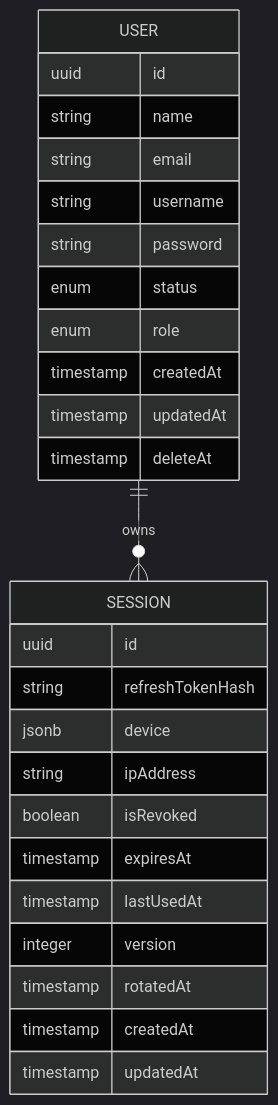
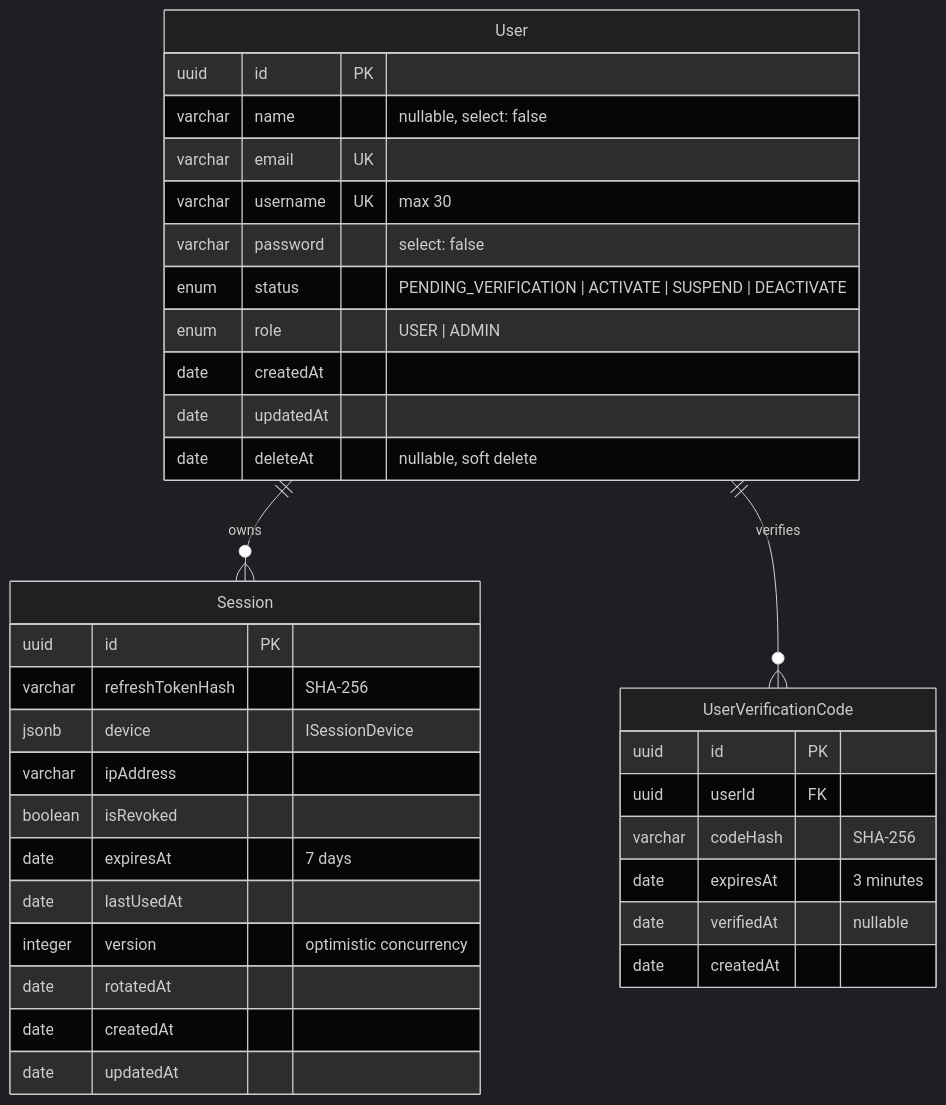
Before and after one commit to l1mindr/nest-backend: the fifth of 7 diagrams in docs/diagrams.md, drawn with Mermaid (dark theme). The commit also changed other lines of this file and 19 other files, not shown here.

Commit message:
docs(architecture): update project documentation after architecture refactor

````diff
--- a/docs/diagrams.md
+++ b/docs/diagrams.md
@@ -104,29 +166,41 @@
 ```mermaid
 erDiagram
-  USER ||--o{ SESSION : owns
-  USER {
-    uuid id
-    string name
-    string email
-    string username
-    string password
-    enum status
-    enum role
-    timestamp createdAt
-    timestamp updatedAt
-    timestamp deleteAt
-  }
-  SESSION {
-    uuid id
-    string refreshTokenHash
-    jsonb device
-    string ipAddress
-    boolean isRevoked
-    timestamp expiresAt
-    timestamp lastUsedAt
-    integer version
-    timestamp rotatedAt
-    timestamp createdAt
-    timestamp updatedAt
-  }
+    User ||--o{ Session : owns
+    User ||--o{ UserVerificationCode : verifies
+
+    User {
+        uuid id PK
+        varchar name "nullable, select: false"
+        varchar email UK
+        varchar username UK "max 30"
+        varchar password "select: false"
+        enum status "PENDING_VERIFICATION | ACTIVATE | SUSPEND | DEACTIVATE"
+        enum role "USER | ADMIN"
+        date createdAt
+        date updatedAt
+        date deleteAt "nullable, soft delete"
+    }
+
+    Session {
+        uuid id PK
+        varchar refreshTokenHash "SHA-256"
+        jsonb device "ISessionDevice"
+        varchar ipAddress
+        boolean isRevoked
+        date expiresAt "7 days"
+        date lastUsedAt
+        integer version "optimistic concurrency"
+        date rotatedAt
+        date createdAt
+        date updatedAt
+    }
+
+    UserVerificationCode {
+        uuid id PK
+        uuid userId FK
+        varchar codeHash "SHA-256"
+        date expiresAt "3 minutes"
+        date verifiedAt "nullable"
+        date createdAt
+    }
 ```
````
